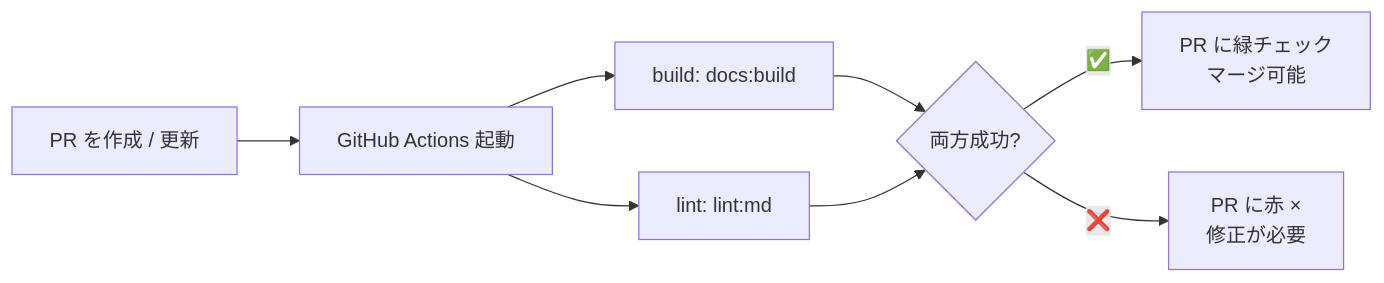
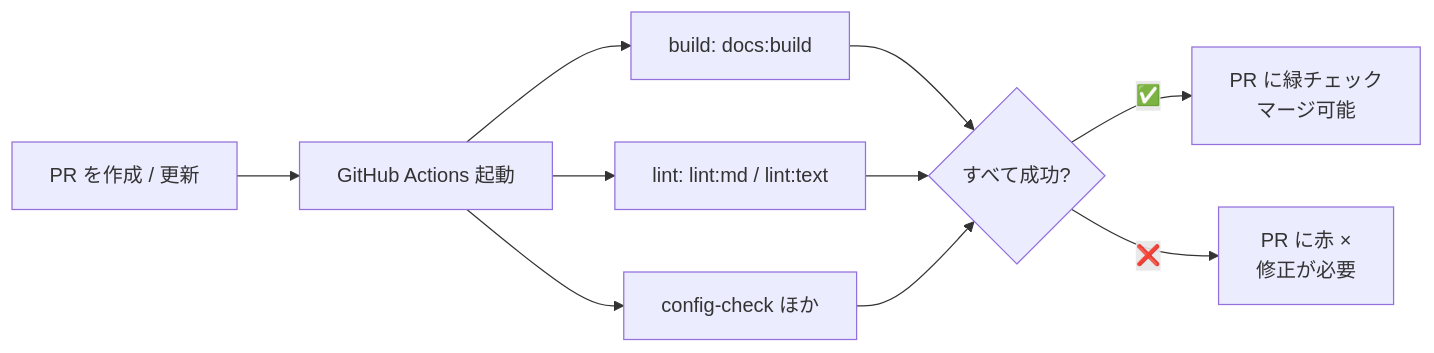
One commit to ykgw-daiki-nakamura/nakamura-git-tutorial changed the diagram in docs/hands-on/ci-lab.md. Above: the diagram before and after it, drawn with Mermaid. The commit also changed other lines of this file and 1 other file, not shown here.

````diff
--- a/docs/hands-on/ci-lab.md
+++ b/docs/hands-on/ci-lab.md
@@ -28,10 +30,12 @@
 ```mermaid
 flowchart LR
     A["PR を作成 / 更新"] --> B["GitHub Actions 起動"]
     B --> C["build: docs:build"]
-    B --> D["lint: lint:md"]
-    C --> E{"両方成功?"}
+    B --> D["lint: lint:md / lint:text"]
+    B --> H["config-check ほか"]
+    C --> E{"すべて成功?"}
     D --> E
+    H --> E
     E -->|✅| F["PR に緑チェック<br/>マージ可能"]
     E -->|❌| G["PR に赤 ×<br/>修正が必要"]
 ```
````
